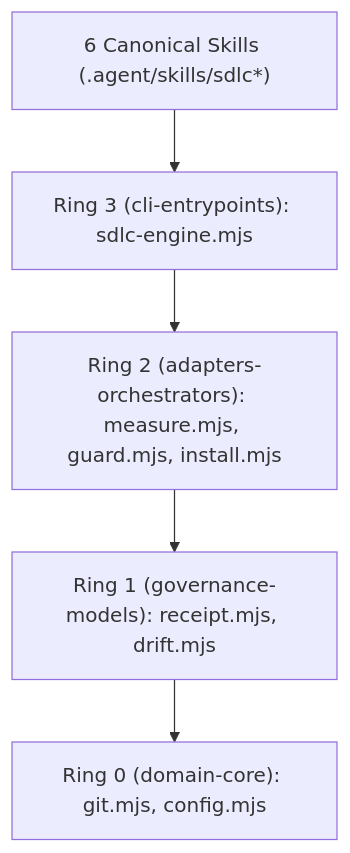
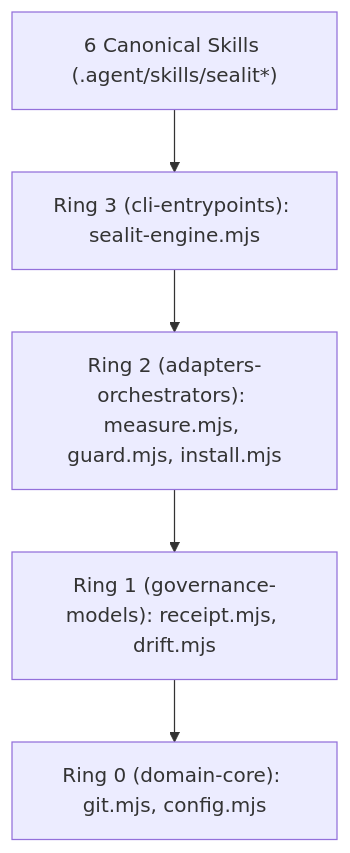
One commit to fmatar/sealit changed the diagram in README.md. Above: the diagram before and after it, drawn with Mermaid. The commit also changed other lines of this file and 77 other files, not shown here.

````diff
--- a/README.md
+++ b/README.md
@@ -110,7 +110,7 @@
 ```mermaid
 flowchart TD
-    Skills["6 Canonical Skills (.agent/skills/sdlc*)"] --> Ring3["Ring 3 (cli-entrypoints): sdlc-engine.mjs"]
+    Skills["6 Canonical Skills (.agent/skills/sealit*)"] --> Ring3["Ring 3 (cli-entrypoints): sealit-engine.mjs"]
     Ring3 --> Ring2["Ring 2 (adapters-orchestrators): measure.mjs, guard.mjs, install.mjs"]
     Ring2 --> Ring1["Ring 1 (governance-models): receipt.mjs, drift.mjs"]
     Ring1 --> Ring0["Ring 0 (domain-core): git.mjs, config.mjs"]
 ```
````
